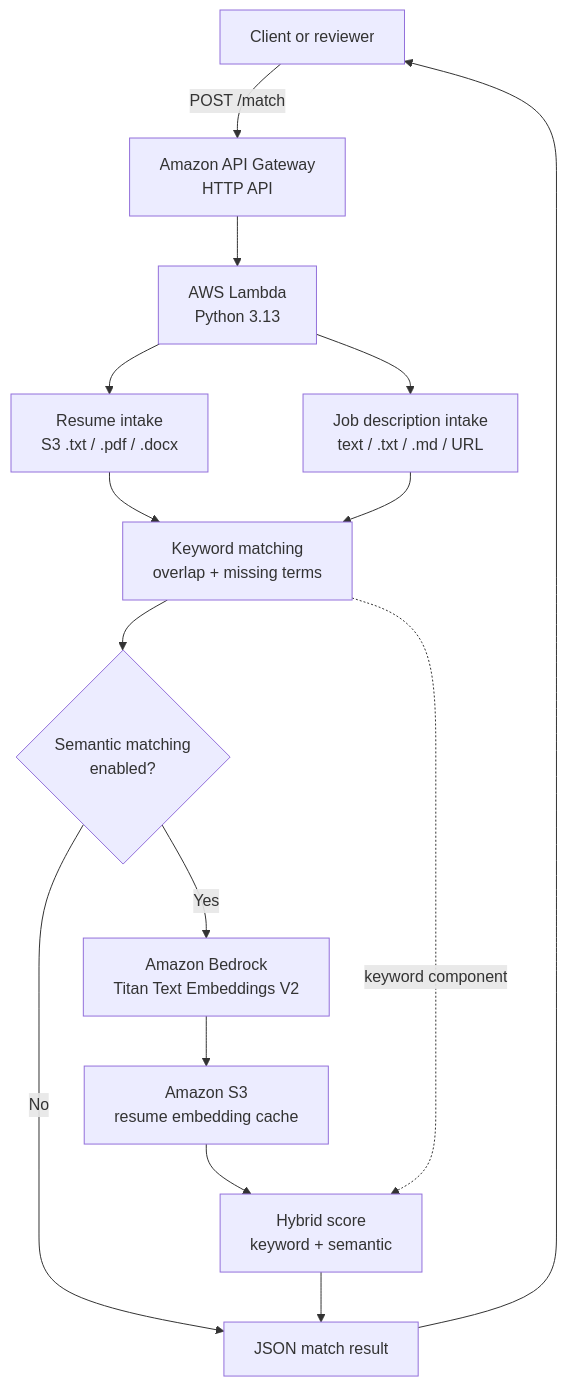
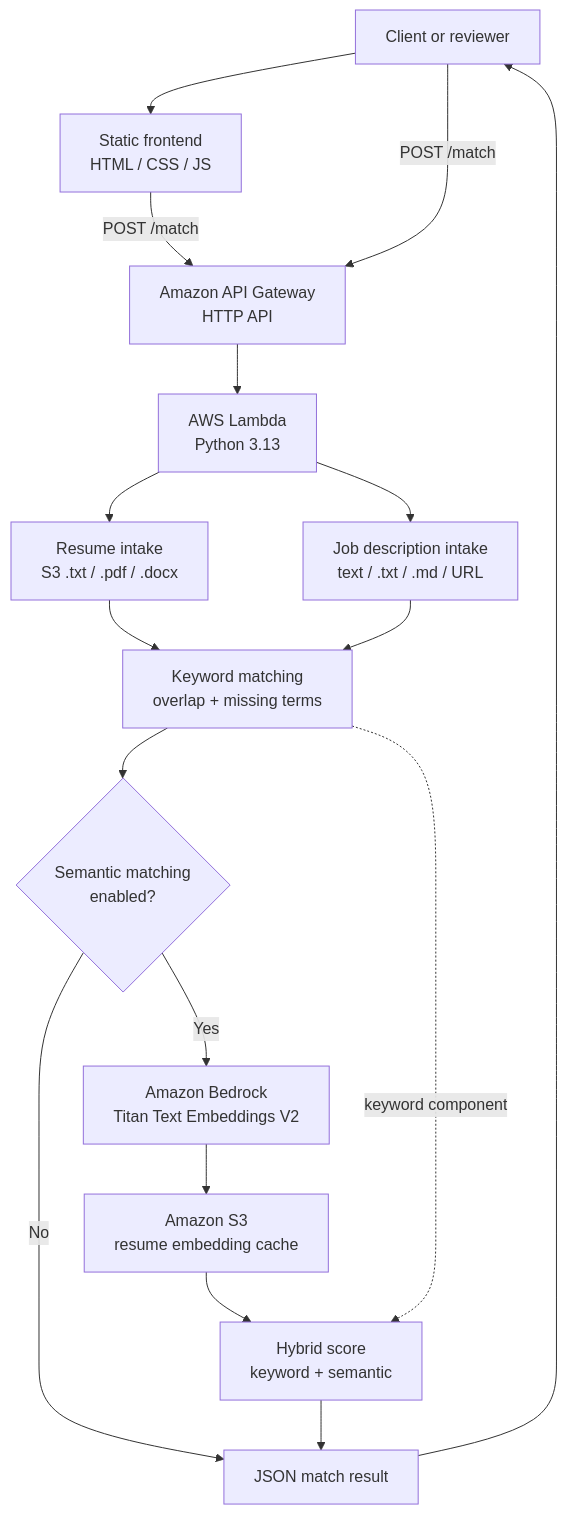
Before and after one commit to jon-innnput/aws-resume-matcher: the first of 2 diagrams in README.md, drawn with Mermaid. The commit also changed other lines of this file and 7 other files, not shown here.

Commit message:
Add static frontend demo for resume matching

````diff
--- a/README.md
+++ b/README.md
@@ -40,19 +42,21 @@
 ```mermaid
 flowchart TD
-    User["Client or reviewer"] -->|"POST /match"| Api["Amazon API Gateway<br/>HTTP API"]
+    User["Client or reviewer"] --> Frontend["Static frontend<br/>HTML / CSS / JS"]
+    Frontend -->|"POST /match"| Api["Amazon API Gateway<br/>HTTP API"]
+    User -->|"POST /match"| Api
     Api --> Lambda["AWS Lambda<br/>Python 3.13"]
 
     Lambda --> ResumeInput["Resume intake<br/>S3 .txt / .pdf / .docx"]
     Lambda --> JobInput["Job description intake<br/>text / .txt / .md / URL"]
     ResumeInput --> Keyword["Keyword matching<br/>overlap + missing terms"]
     JobInput --> Keyword
     Keyword --> Semantic{"Semantic matching<br/>enabled?"}
 
     Semantic -->|"No"| Result["JSON match result"]
     Semantic -->|"Yes"| Bedrock["Amazon Bedrock<br/>Titan Text Embeddings V2"]
     Bedrock --> Cache["Amazon S3<br/>resume embedding cache"]
     Cache --> Hybrid["Hybrid score<br/>keyword + semantic"]
     Keyword -. "keyword component" .-> Hybrid
     Hybrid --> Result
     Result --> User
 ```
````
